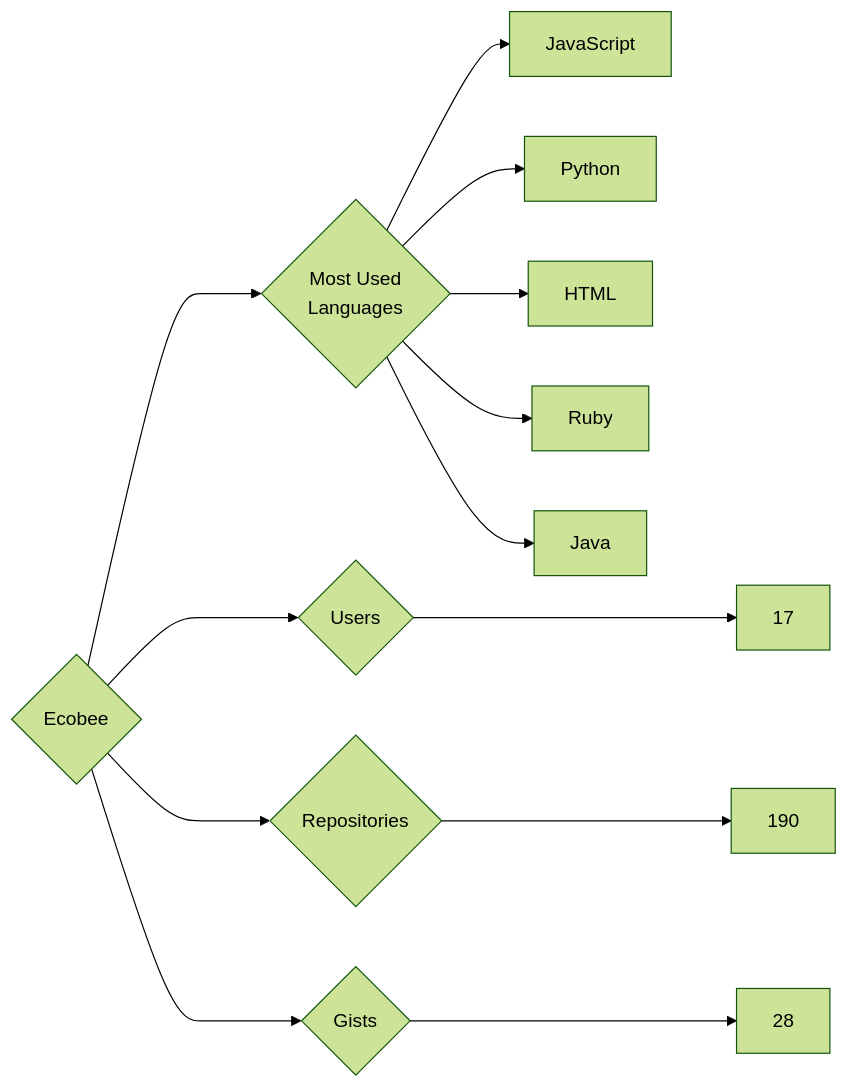
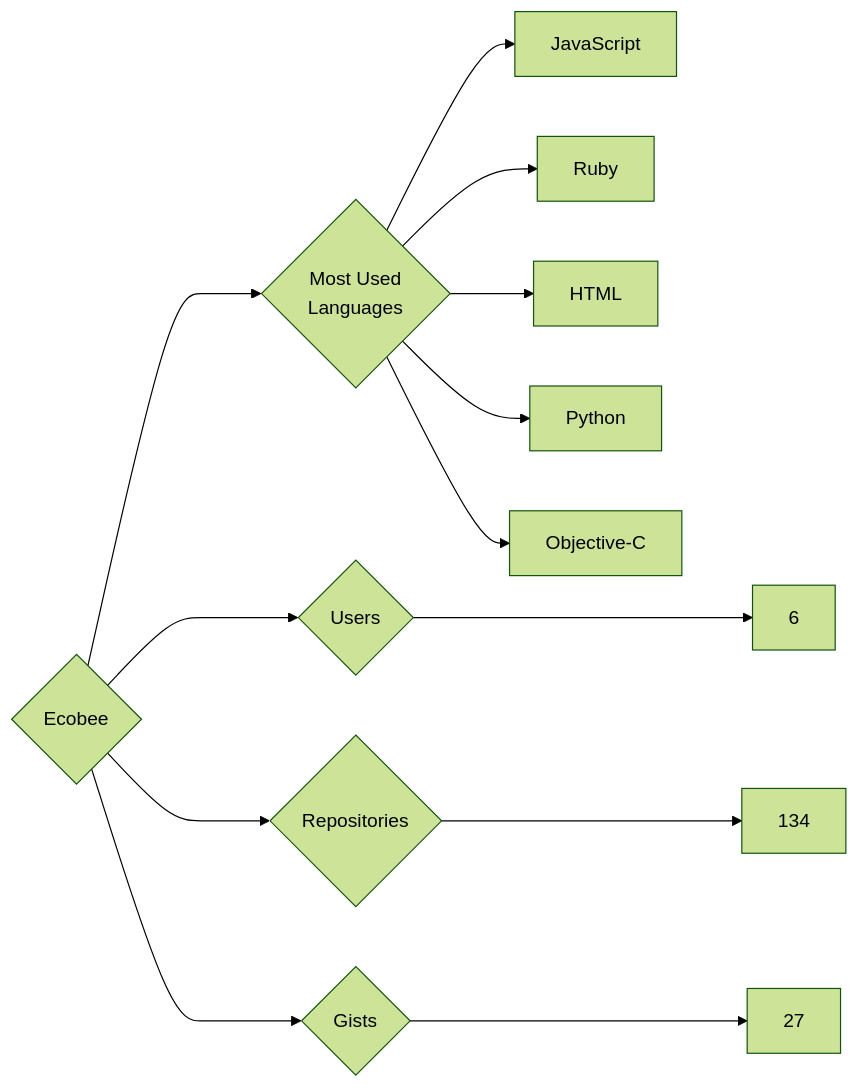
Before and after one commit to trickest/insiders: the diagram in targets/Ecobee/README.md, drawn with Mermaid (forest theme). The commit also changed 823 other files, not shown here.

````diff
--- a/targets/Ecobee/README.md
+++ b/targets/Ecobee/README.md
@@ -3,13 +3,13 @@
 ```mermaid
 graph LR
 COMPANY_NAME{Ecobee}
-COMPANY_NAME ---> U{Users} ---> UN[17]
-COMPANY_NAME ---> R{Repositories} ---> RN[190]
-COMPANY_NAME ---> G{Gists} ---> GN[28]
+COMPANY_NAME ---> U{Users} ---> UN[6]
+COMPANY_NAME ---> R{Repositories} ---> RN[134]
+COMPANY_NAME ---> G{Gists} ---> GN[27]
 COMPANY_NAME ---> ML{Most Used<br>Languages}
 ML --> JavaScript[JavaScript]
+ML --> Ruby[Ruby]
+ML --> HTML[HTML]
 ML --> Python[Python]
-ML --> HTML[HTML]
-ML --> Ruby[Ruby]
-ML --> Java[Java]
+ML --> Objective-C[Objective-C]
 ```
````
